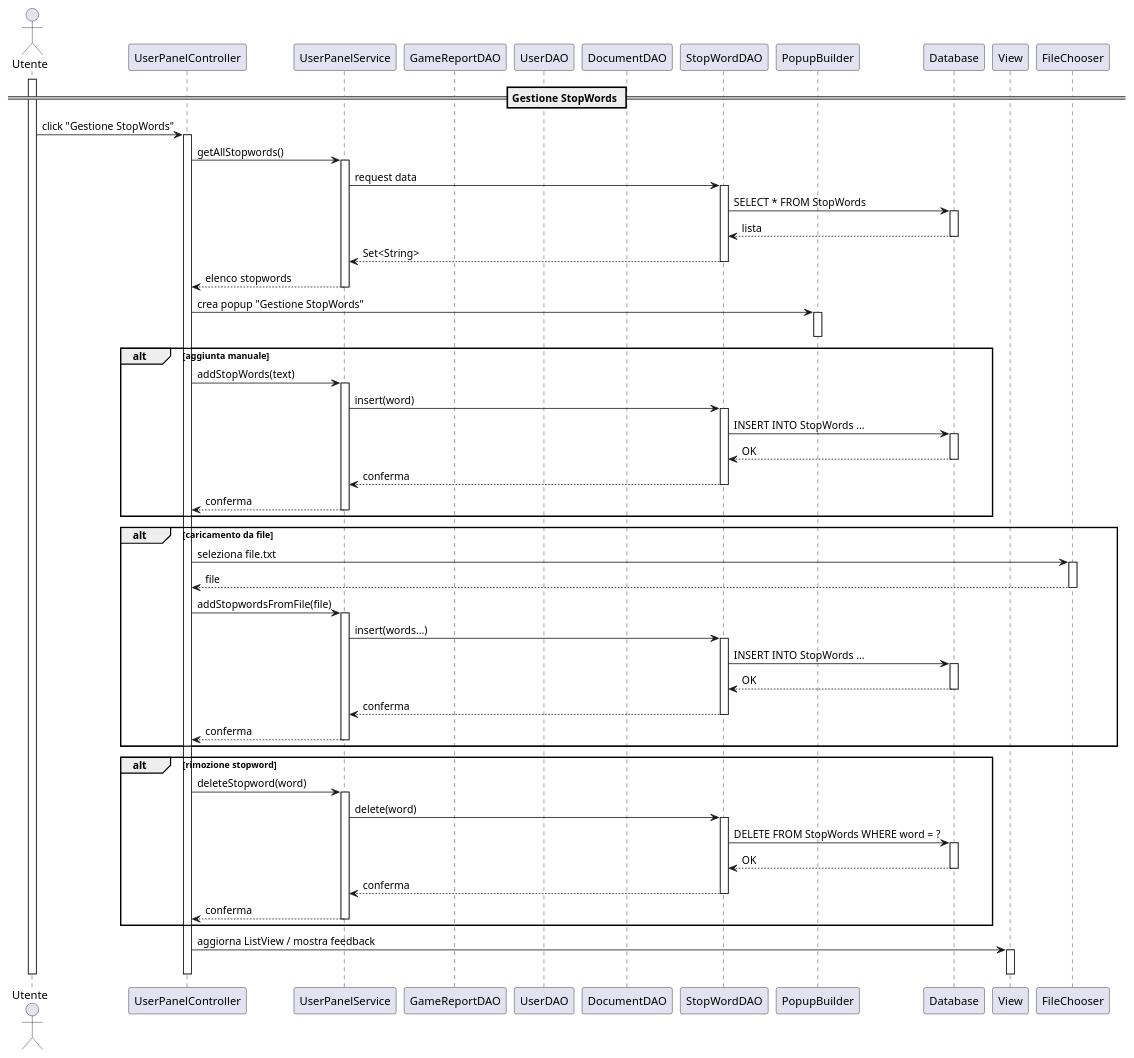
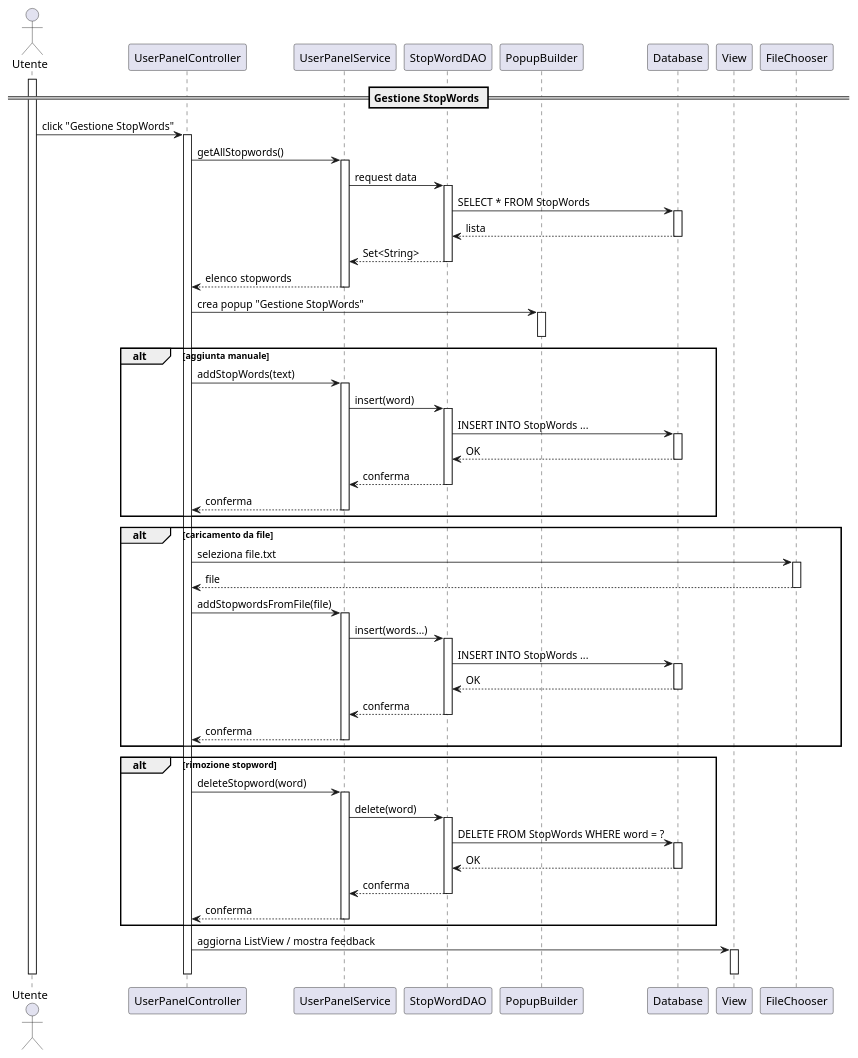
One commit to Bg735/Wordageddon-Gruppo_16 changed the diagram in docs/Diagrammi di Sequenza/upload_stopWords.puml. Above: the diagram before and after it, drawn with PlantUML.

```diff
--- a/docs/Diagrammi di Sequenza/upload_stopWords.puml
+++ b/docs/Diagrammi di Sequenza/upload_stopWords.puml
@@ -1,92 +1,89 @@
 @startuml
 actor Utente
 participant UserPanelController
 participant UserPanelService
-participant GameReportDAO
-participant UserDAO
-participant DocumentDAO
 participant StopWordDAO
 participant PopupBuilder
 participant Database
 participant View
 participant FileChooser
 
 == Gestione StopWords ==
 activate Utente
 Utente -> UserPanelController : click "Gestione StopWords"
 activate UserPanelController
 
 UserPanelController -> UserPanelService : getAllStopwords()
 activate UserPanelService
 UserPanelService -> StopWordDAO : request data
 activate StopWordDAO
 StopWordDAO -> Database : SELECT * FROM StopWords
 activate Database
 Database --> StopWordDAO : lista
 deactivate Database
 StopWordDAO --> UserPanelService : Set<String>
 deactivate StopWordDAO
 UserPanelService --> UserPanelController : elenco stopwords
 deactivate UserPanelService
 
 UserPanelController -> PopupBuilder : crea popup "Gestione StopWords"
 activate PopupBuilder
 deactivate PopupBuilder
 
 alt aggiunta manuale
     UserPanelController -> UserPanelService : addStopWords(text)
     activate UserPanelService
     UserPanelService -> StopWordDAO : insert(word)
     activate StopWordDAO
     StopWordDAO -> Database : INSERT INTO StopWords ...
     activate Database
     Database --> StopWordDAO : OK
     deactivate Database
     StopWordDAO --> UserPanelService : conferma
     deactivate StopWordDAO
     UserPanelService --> UserPanelController : conferma
     deactivate UserPanelService
 end
 
 alt caricamento da file
     UserPanelController -> FileChooser : seleziona file.txt
     activate FileChooser
     FileChooser --> UserPanelController : file
     deactivate FileChooser
 
     UserPanelController -> UserPanelService : addStopwordsFromFile(file)
     activate UserPanelService
     UserPanelService -> StopWordDAO : insert(words...)
     activate StopWordDAO
     StopWordDAO -> Database : INSERT INTO StopWords ...
     activate Database
     Database --> StopWordDAO : OK
     deactivate Database
     StopWordDAO --> UserPanelService : conferma
     deactivate StopWordDAO
     UserPanelService --> UserPanelController : conferma
     deactivate UserPanelService
 end
 
 alt rimozione stopword
     UserPanelController -> UserPanelService : deleteStopword(word)
     activate UserPanelService
     UserPanelService -> StopWordDAO : delete(word)
     activate StopWordDAO
     StopWordDAO -> Database : DELETE FROM StopWords WHERE word = ?
     activate Database
     Database --> StopWordDAO : OK
     deactivate Database
     StopWordDAO --> UserPanelService : conferma
     deactivate StopWordDAO
     UserPanelService --> UserPanelController : conferma
     deactivate UserPanelService
 end
 
 UserPanelController -> View : aggiorna ListView / mostra feedback
 activate View
 deactivate View
 
 deactivate UserPanelController
 deactivate Utente
 @enduml
```
